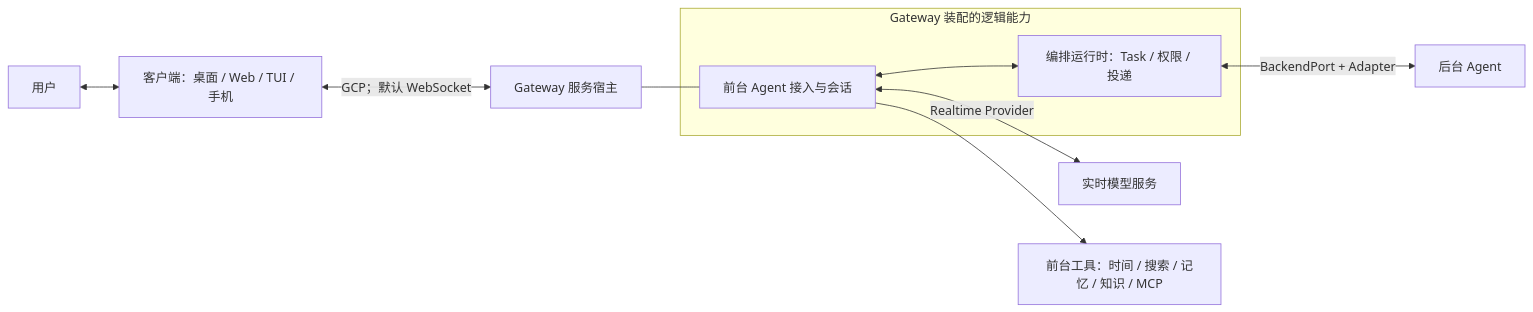
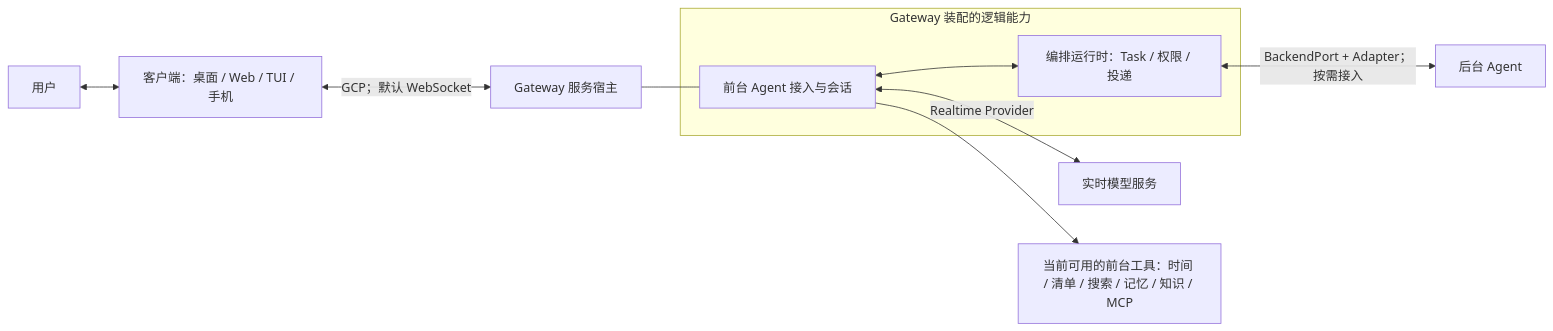
One commit to a-rookie-create/qwen-audio-agent changed the diagram in docs/codebase-guide/00-system-overview.md. Above: the diagram before and after it, drawn with Mermaid. The commit also changed other lines of this file and 7 other files, not shown here.

````diff
--- a/docs/codebase-guide/00-system-overview.md
+++ b/docs/codebase-guide/00-system-overview.md
@@ -24,14 +38,14 @@
 ```mermaid
 flowchart LR
   U[用户] <--> C[客户端：桌面 / Web / TUI / 手机]
   C <-->|GCP；默认 WebSocket| G[Gateway 服务宿主]
   subgraph Hosted[Gateway 装配的逻辑能力]
     F[前台 Agent 接入与会话]
     O[编排运行时：Task / 权限 / 投递]
     F <--> O
   end
   G --- F
   F <-->|Realtime Provider| M[实时模型服务]
-  O <-->|BackendPort + Adapter| B[后台 Agent]
-  F --> X[前台工具：时间 / 搜索 / 记忆 / 知识 / MCP]
+  O <-->|BackendPort + Adapter；按需接入| B[后台 Agent]
+  F --> X[当前可用的前台工具：时间 / 清单 / 搜索 / 记忆 / 知识 / MCP]
 ```
````
